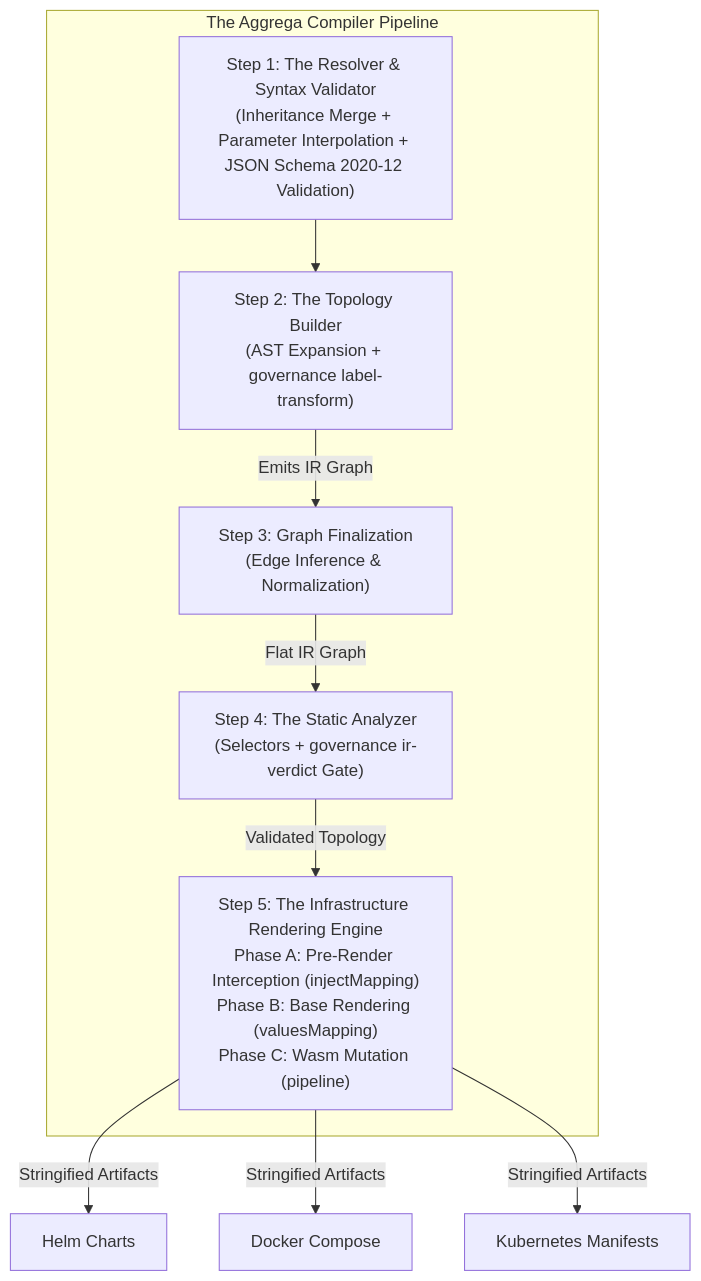
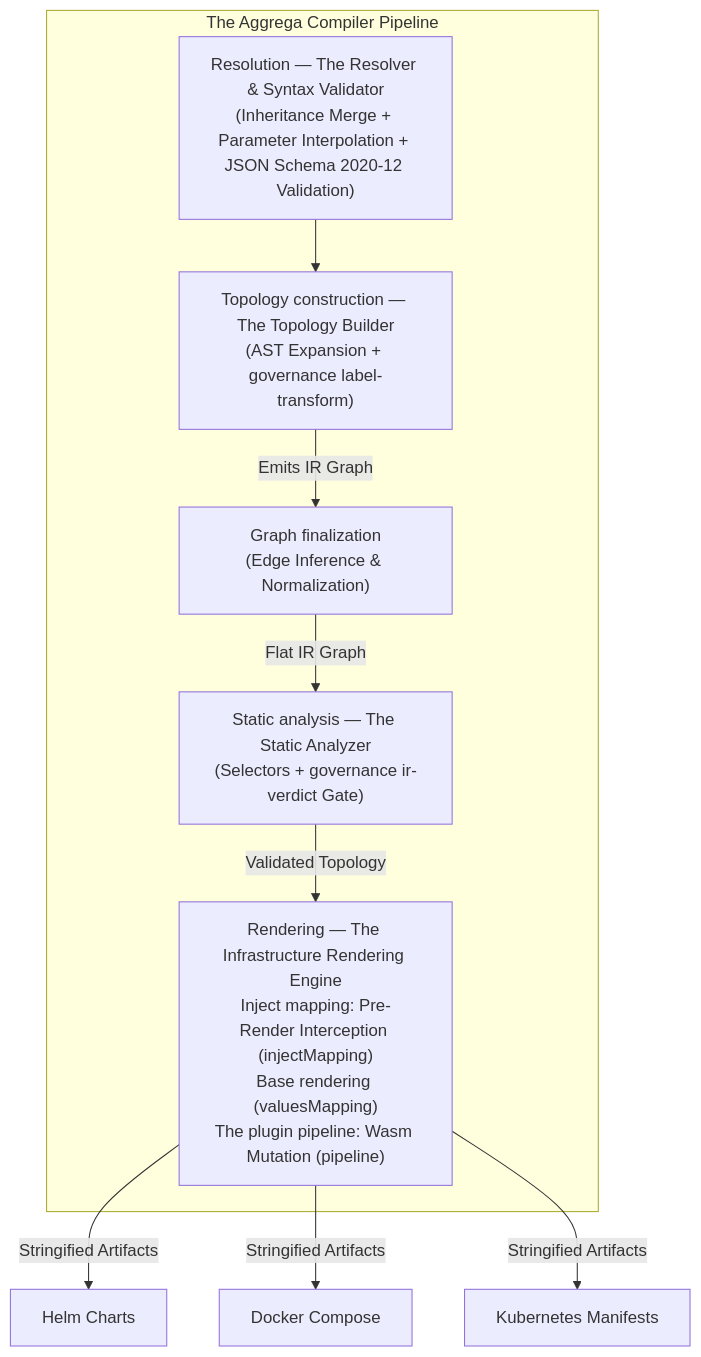
Before and after one commit to aggrega-ai/aggrega-docs: the diagram in architecture/10-compilation-pipeline.md, drawn with Mermaid. The commit also changed other lines of this file, not shown here.

Commit message:
docs: name the compilation stages in the pipeline chapter instead of numbering them

````diff
--- a/architecture/10-compilation-pipeline.md
+++ b/architecture/10-compilation-pipeline.md
@@ -53,16 +53,16 @@
 ```mermaid
 graph TD
     subgraph CLI_Orchestrator ["The Aggrega Compiler Pipeline"]
-        A["Step 1: The Resolver & Syntax Validator<br/>(Inheritance Merge + Parameter Interpolation + JSON Schema 2020-12 Validation)"] --> B["Step 2: The Topology Builder<br/>(AST Expansion + governance label-transform)"]
+        A["Resolution — The Resolver & Syntax Validator<br/>(Inheritance Merge + Parameter Interpolation + JSON Schema 2020-12 Validation)"] --> B["Topology construction — The Topology Builder<br/>(AST Expansion + governance label-transform)"]
         
-        B -->|"Emits IR Graph"| C["Step 3: Graph Finalization<br/>(Edge Inference & Normalization)"]
+        B -->|"Emits IR Graph"| C["Graph finalization<br/>(Edge Inference & Normalization)"]
         
-        C -->|"Flat IR Graph"| D["Step 4: The Static Analyzer<br/>(Selectors + governance ir-verdict Gate)"]
+        C -->|"Flat IR Graph"| D["Static analysis — The Static Analyzer<br/>(Selectors + governance ir-verdict Gate)"]
         
-        D -->|"Validated Topology"| E["Step 5: The Infrastructure Rendering Engine<br/>Phase A: Pre-Render Interception (injectMapping)<br/>Phase B: Base Rendering (valuesMapping)<br/>Phase C: Wasm Mutation (pipeline)"]
+        D -->|"Validated Topology"| E["Rendering — The Infrastructure Rendering Engine<br/>Inject mapping: Pre-Render Interception (injectMapping)<br/>Base rendering (valuesMapping)<br/>The plugin pipeline: Wasm Mutation (pipeline)"]
     end
     
     E -->|"Stringified Artifacts"| F["Helm Charts"]
     E -->|"Stringified Artifacts"| G["Docker Compose"]
     E -->|"Stringified Artifacts"| H["Kubernetes Manifests"]
 ```
````
